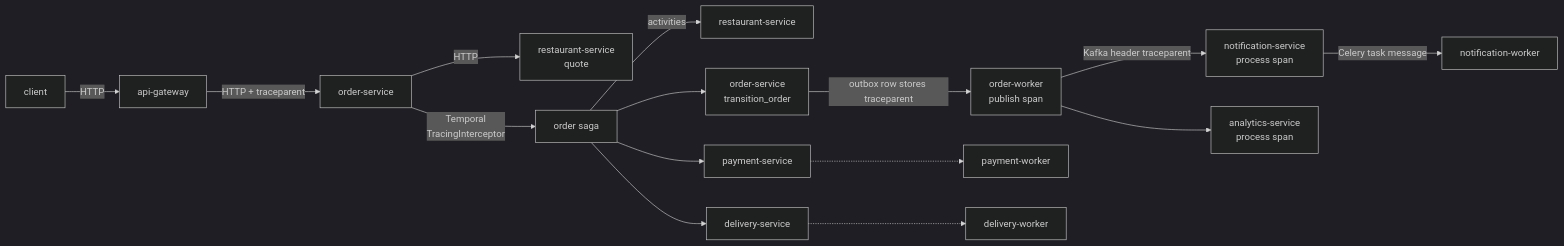
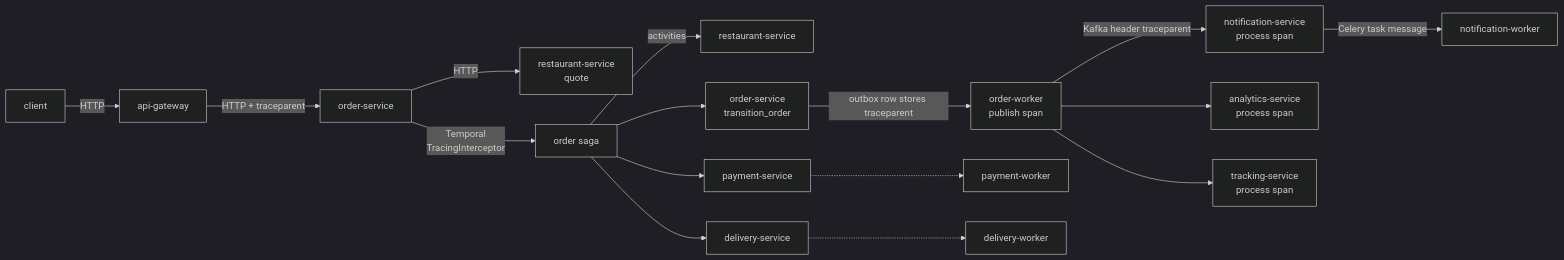
One commit to umer-emumba/smartfoodops-ms changed diagram 13 of 27 in docs/diagrams.md. Above: the diagram before and after it, drawn with Mermaid (dark theme). The commit also changed other lines of this file and 18 other files, not shown here.

````diff
--- a/docs/diagrams.md
+++ b/docs/diagrams.md
@@ -348,17 +368,18 @@
 ```mermaid
 flowchart LR
     C[client] -->|HTTP| GW[api-gateway]
     GW -->|"HTTP + traceparent"| OS[order-service]
     OS -->|"HTTP"| RS1[restaurant-service<br/>quote]
     OS -->|"Temporal<br/>TracingInterceptor"| SAGA[order saga]
     SAGA -->|activities| RS[restaurant-service]
     SAGA --> PS[payment-service]
     SAGA --> DS[delivery-service]
     SAGA --> OSA[order-service<br/>transition_order]
     OSA -->|"outbox row stores traceparent"| OW[order-worker<br/>publish span]
     PS -.-> PW[payment-worker]
     DS -.-> DW[delivery-worker]
     OW -->|"Kafka header traceparent"| NS[notification-service<br/>process span]
     OW --> AS[analytics-service<br/>process span]
+    OW --> TSC[tracking-service<br/>process span]
     NS -->|"Celery task message"| NW[notification-worker]
 ```
````
